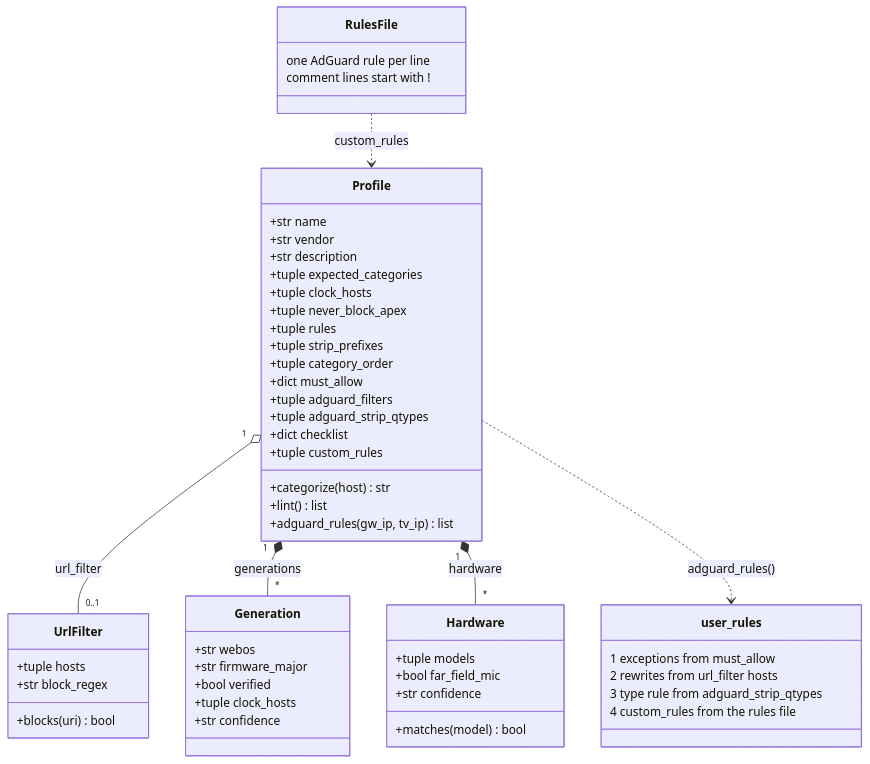
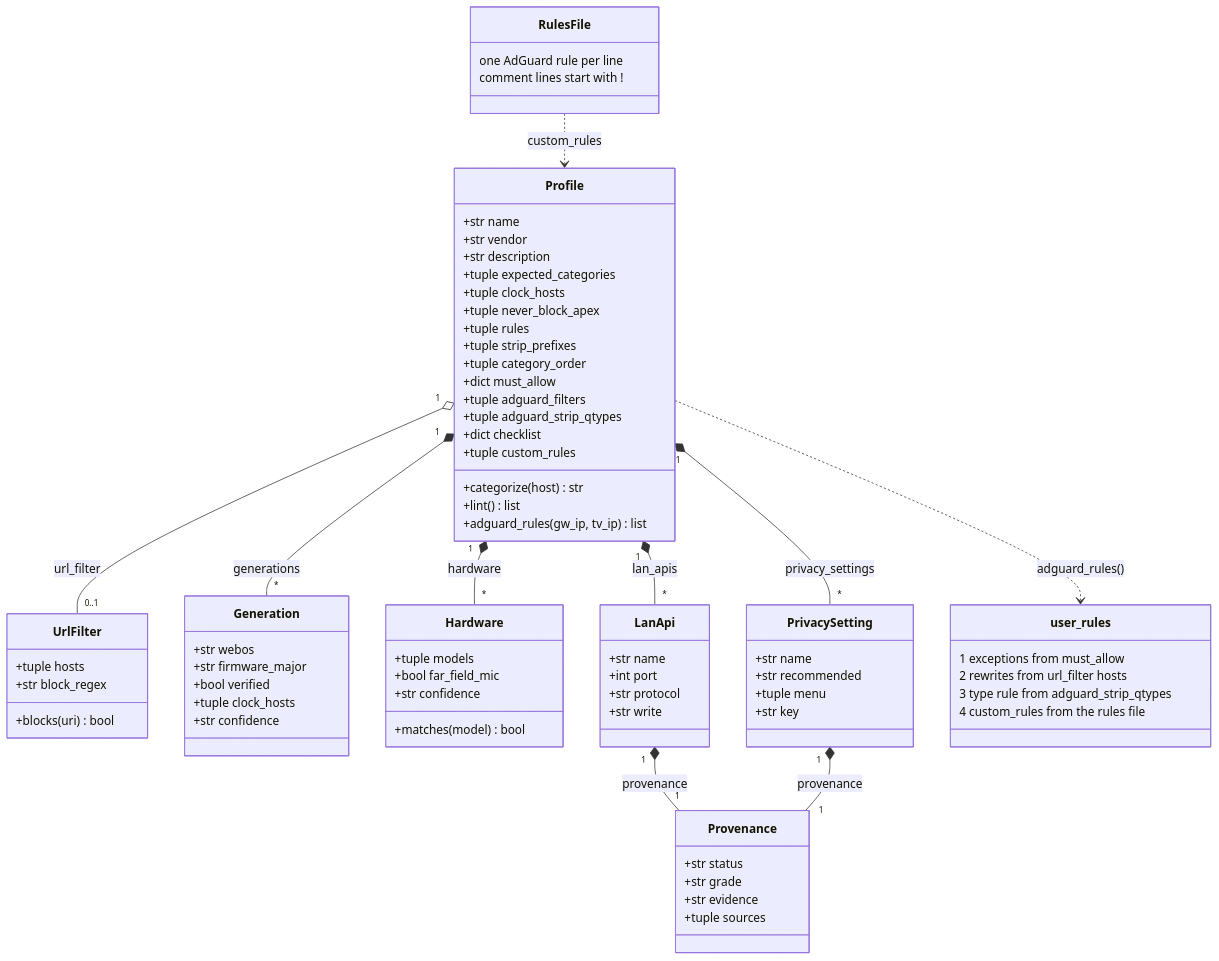
Before and after one commit to kywwilson11/tvgw: the second of 2 diagrams in docs/adding-a-profile.md, drawn with Mermaid. The commit also changed other lines of this file and 12 other files, not shown here.

First line of the commit message:
docs: profile records, the evidence rubric, decisions 23-24 (profiles), upstream submissions

````diff
--- a/docs/adding-a-profile.md
+++ b/docs/adding-a-profile.md
@@ -159,55 +159,77 @@
 ```mermaid
 classDiagram
   class Profile {
     +str name
     +str vendor
     +str description
     +tuple expected_categories
     +tuple clock_hosts
     +tuple never_block_apex
     +tuple rules
     +tuple strip_prefixes
     +tuple category_order
     +dict must_allow
     +tuple adguard_filters
     +tuple adguard_strip_qtypes
     +dict checklist
     +tuple custom_rules
     +categorize(host) str
     +lint() list
     +adguard_rules(gw_ip, tv_ip) list
   }
   class UrlFilter {
     +tuple hosts
     +str block_regex
     +blocks(uri) bool
   }
   class Generation {
     +str webos
     +str firmware_major
     +bool verified
     +tuple clock_hosts
     +str confidence
   }
   class Hardware {
     +tuple models
     +bool far_field_mic
     +str confidence
     +matches(model) bool
   }
+  class LanApi {
+    +str name
+    +int port
+    +str protocol
+    +str write
+  }
+  class PrivacySetting {
+    +str name
+    +str recommended
+    +tuple menu
+    +str key
+  }
+  class Provenance {
+    +str status
+    +str grade
+    +str evidence
+    +tuple sources
+  }
   class RulesFile {
     one AdGuard rule per line
     comment lines start with !
   }
   class user_rules {
     1 exceptions from must_allow
     2 rewrites from url_filter hosts
     3 type rule from adguard_strip_qtypes
     4 custom_rules from the rules file
   }
   Profile "1" o-- "0..1" UrlFilter : url_filter
   Profile "1" *-- "*" Generation : generations
   Profile "1" *-- "*" Hardware : hardware
+  Profile "1" *-- "*" LanApi : lan_apis
+  Profile "1" *-- "*" PrivacySetting : privacy_settings
+  LanApi "1" *-- "1" Provenance : provenance
+  PrivacySetting "1" *-- "1" Provenance : provenance
   RulesFile ..> Profile : custom_rules
   Profile ..> user_rules : adguard_rules()
 ```
````
